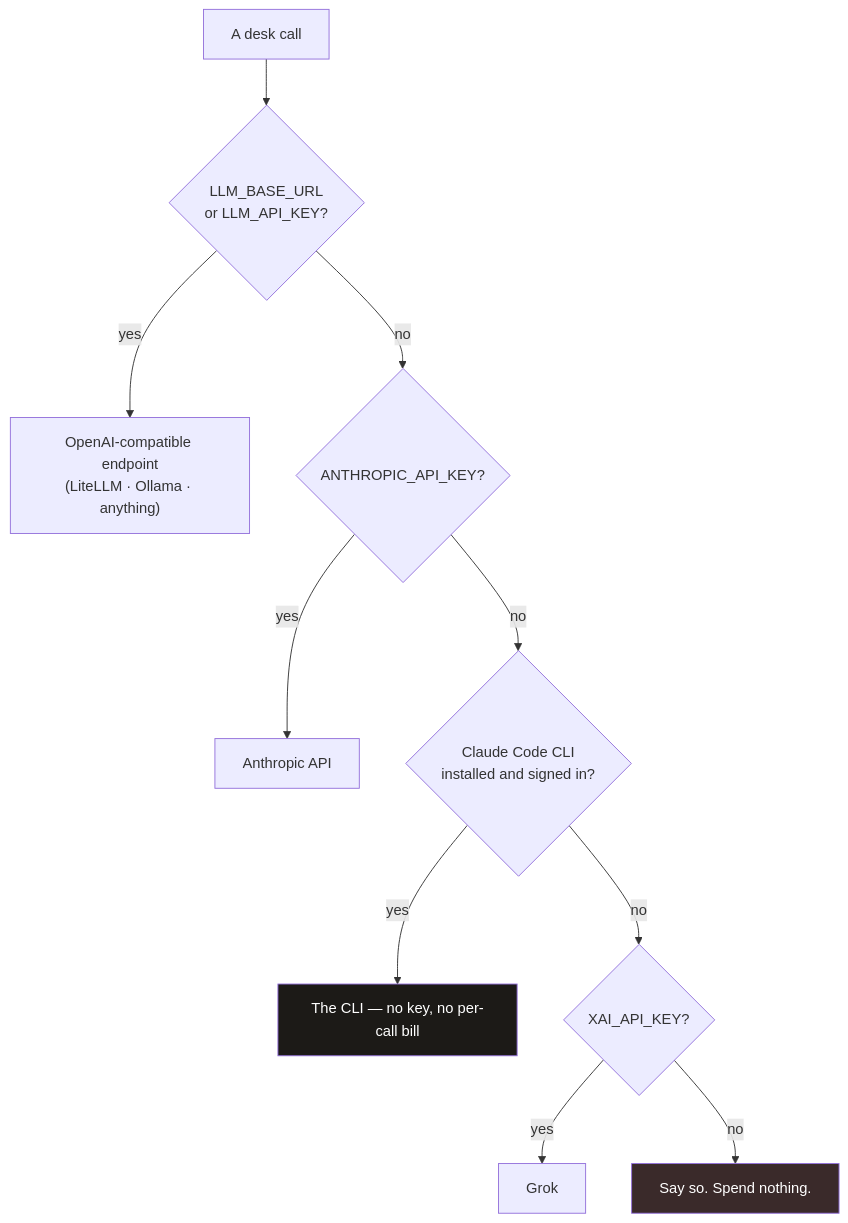
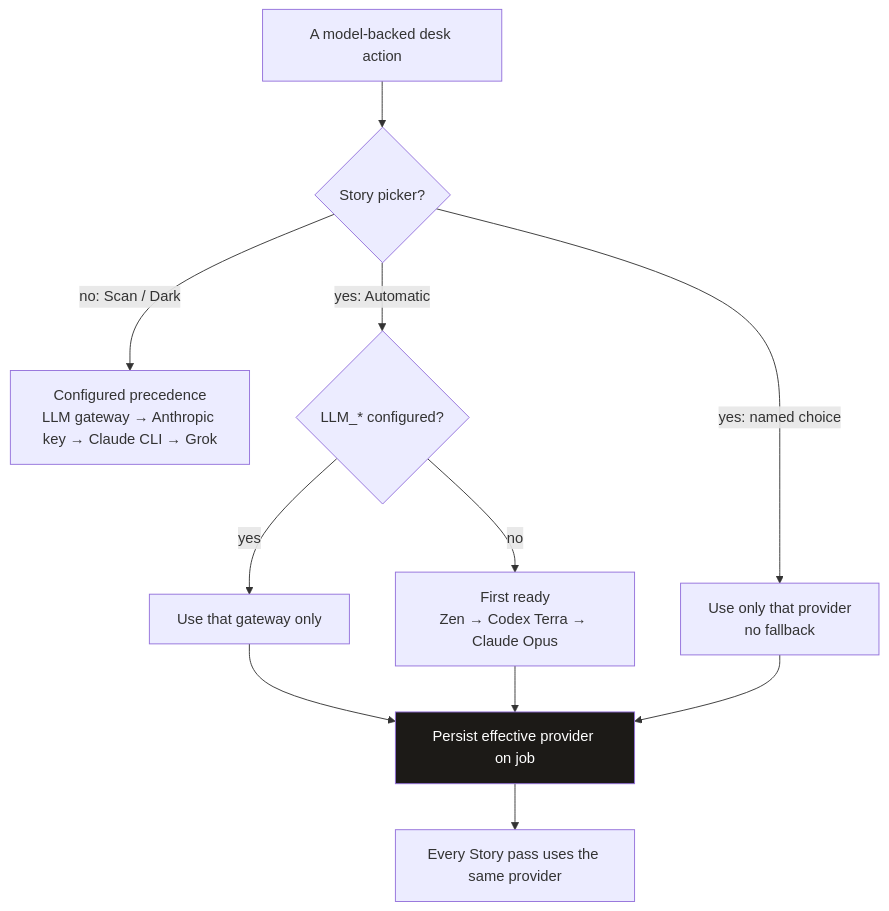
One commit to scottconverse/TownReporter changed the eighth of 8 diagrams in docs/manual.md. Above: the diagram before and after it, drawn with Mermaid. The commit also changed other lines of this file and 46 other files, not shown here.

Commit message:
feat: add per-run editor model picker

````diff
--- a/docs/manual.md
+++ b/docs/manual.md
@@ -713,15 +735,15 @@
 ```mermaid
 flowchart TB
-    CALL["A desk call"] --> Q1{"LLM_BASE_URL<br/>or LLM_API_KEY?"}
-    Q1 -->|yes| OAI["OpenAI-compatible endpoint<br/>(LiteLLM · Ollama · anything)"]
-    Q1 -->|no| Q2{"ANTHROPIC_API_KEY?"}
-    Q2 -->|yes| SDK["Anthropic API"]
-    Q2 -->|no| Q3{"Claude Code CLI<br/>installed and signed in?"}
-    Q3 -->|yes| CC["The CLI — no key, no per-call bill"]
-    Q3 -->|no| Q4{"XAI_API_KEY?"}
-    Q4 -->|yes| GROK["Grok"]
-    Q4 -->|no| NONE["Say so. Spend nothing."]
+    CALL["A model-backed desk action"] --> KIND{"Story picker?"}
+    KIND -->|no: Scan / Dark| CFG["Configured precedence<br/>LLM gateway → Anthropic key → Claude CLI → Grok"]
+    KIND -->|yes: Automatic| Q1{"LLM_* configured?"}
+    Q1 -->|yes| OAI["Use that gateway only"]
+    Q1 -->|no| READY["First ready<br/>Zen → Codex Terra → Claude Opus"]
+    KIND -->|yes: named choice| ONE["Use only that provider<br/>no fallback"]
+    OAI --> SAVE["Persist effective provider on job"]
+    READY --> SAVE
+    ONE --> SAVE
+    SAVE --> RUN["Every Story pass uses the same provider"]
 
-    style CC fill:#1c1a17,color:#fff
-    style NONE fill:#3a2a2a,color:#fff
+    style SAVE fill:#1c1a17,color:#fff
 ```
````
